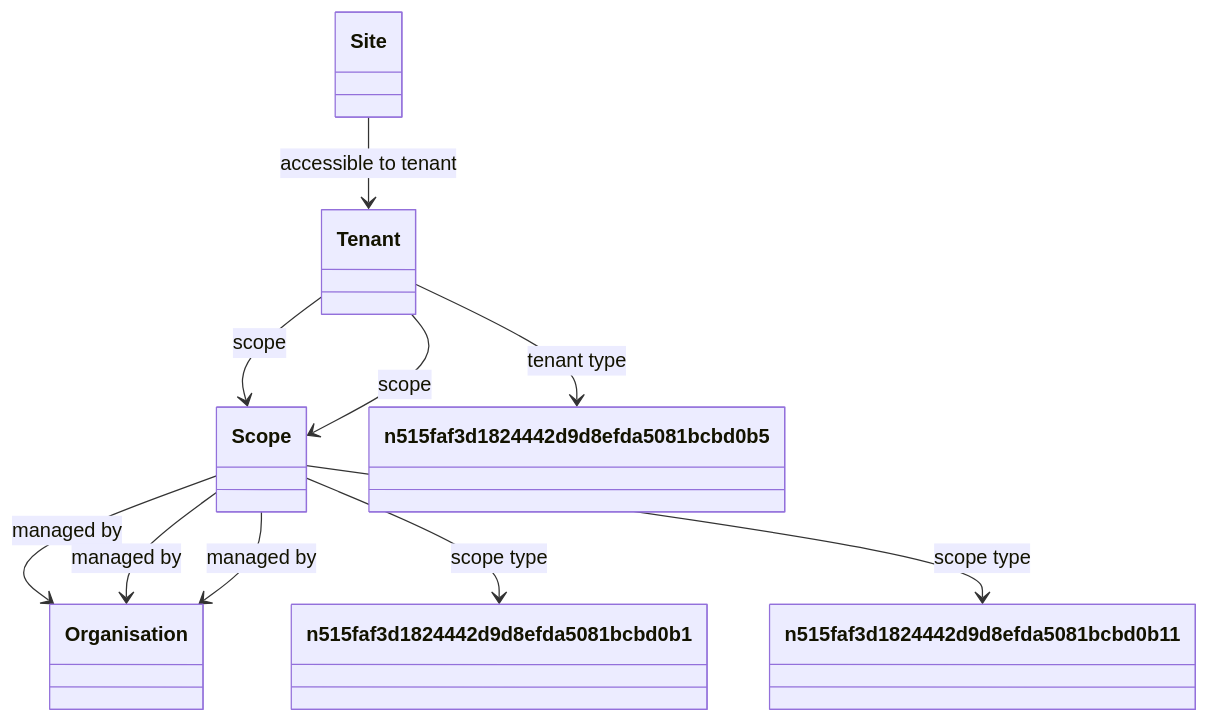
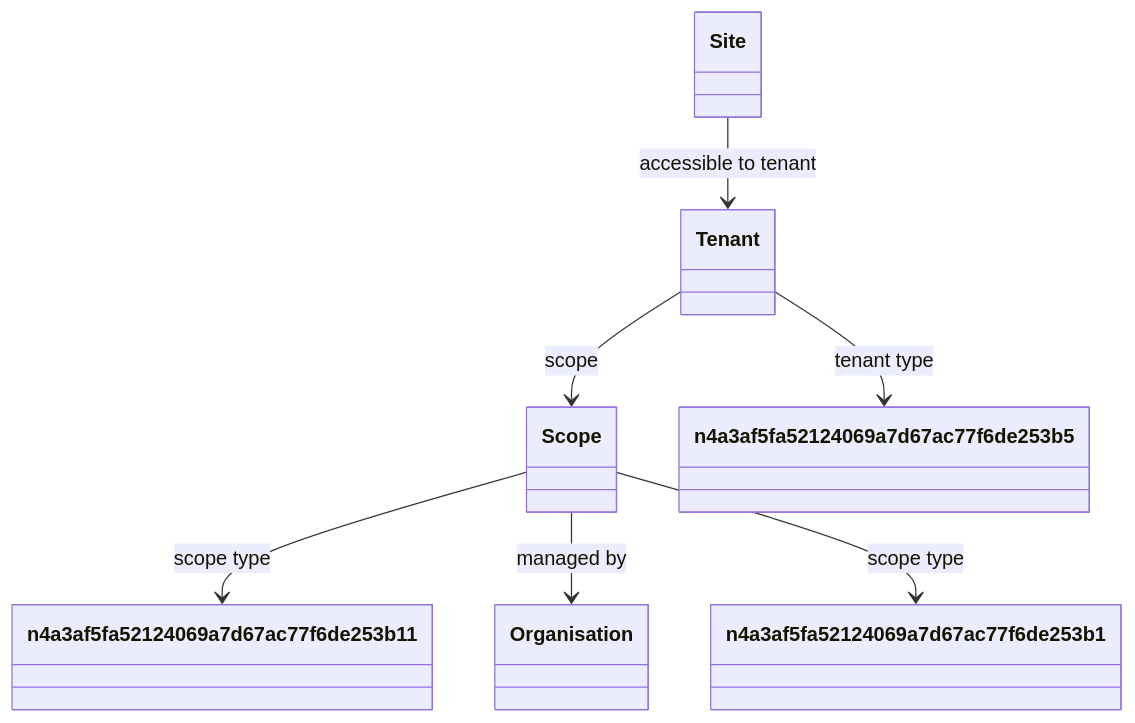
One commit to oeg-upm/Devos changed the diagram in output/ieswc_freq/organisation.ttl-freq-7-0-hard.md. Above: the diagram before and after it, drawn with Mermaid. The commit also changed 131 other files, not shown here.

````diff
--- a/output/ieswc_freq/organisation.ttl-freq-7-0-hard.md
+++ b/output/ieswc_freq/organisation.ttl-freq-7-0-hard.md
@@ -1,53 +1,47 @@
 ```mermaid
 	classDiagram
 
     
     class `Scope` {
     
     }
 
     class `Tenant` {
     
     }
 
     class `Site` {
     
     }
 
     class `Organisation` {
     
     }
 
-    class `n515faf3d1824442d9d8efda5081bcbd0b1` {
+    class `n4a3af5fa52124069a7d67ac77f6de253b1` {
     
     }
 
-    class `n515faf3d1824442d9d8efda5081bcbd0b5` {
+    class `n4a3af5fa52124069a7d67ac77f6de253b5` {
     
     }
 
-    class `n515faf3d1824442d9d8efda5081bcbd0b11` {
+    class `n4a3af5fa52124069a7d67ac77f6de253b11` {
     
     }
 
 
 
-`Tenant`  --> `n515faf3d1824442d9d8efda5081bcbd0b5`   :tenant type  
+`Site`  --> `Tenant`   :accessible to tenant  
 
-`Site`  --> `Tenant`   :accessible to tenant  
+`Scope`  --> `n4a3af5fa52124069a7d67ac77f6de253b11`   :scope type  
+
+`Tenant`  --> `n4a3af5fa52124069a7d67ac77f6de253b5`   :tenant type  
 
 `Scope`  --> `Organisation`   :managed by  
 
-`Scope`  --> `n515faf3d1824442d9d8efda5081bcbd0b1`   :scope type  
-
 `Tenant`  --> `Scope`   :scope  
 
-`Scope`  --> `Organisation`   :managed by  
-
-`Scope`  --> `Organisation`   :managed by  
-
-`Scope`  --> `n515faf3d1824442d9d8efda5081bcbd0b11`   :scope type  
-
-`Tenant`  --> `Scope`   :scope  
+`Scope`  --> `n4a3af5fa52124069a7d67ac77f6de253b1`   :scope type  
 
 ```
````
